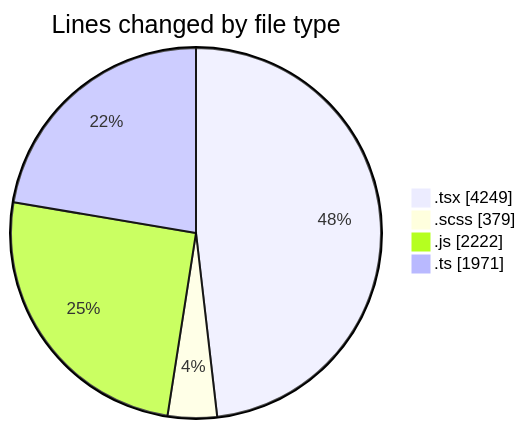
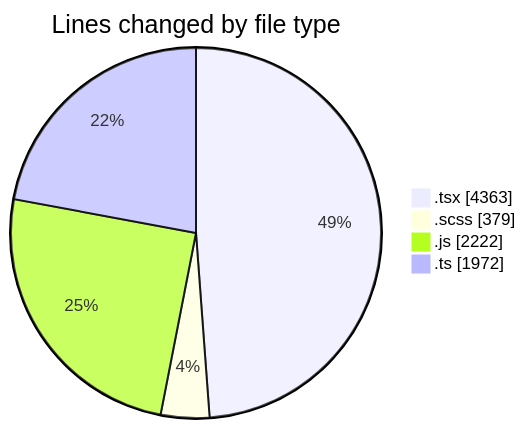
One commit to momahboobian/code-tracking changed the first of 2 diagrams in 2026-06-17/cda/README.md. Above: the diagram before and after it, drawn with Mermaid. The commit also changed other lines of this file and 1 other file, not shown here.

````diff
--- a/2026-06-17/cda/README.md
+++ b/2026-06-17/cda/README.md
@@ -56,8 +56,8 @@
 ```mermaid
 pie showData
 title Lines changed by file type
-".tsx" : 4249
+".tsx" : 4363
 ".scss" : 379
 ".js" : 2222
-".ts" : 1971
+".ts" : 1972
 ```
````
